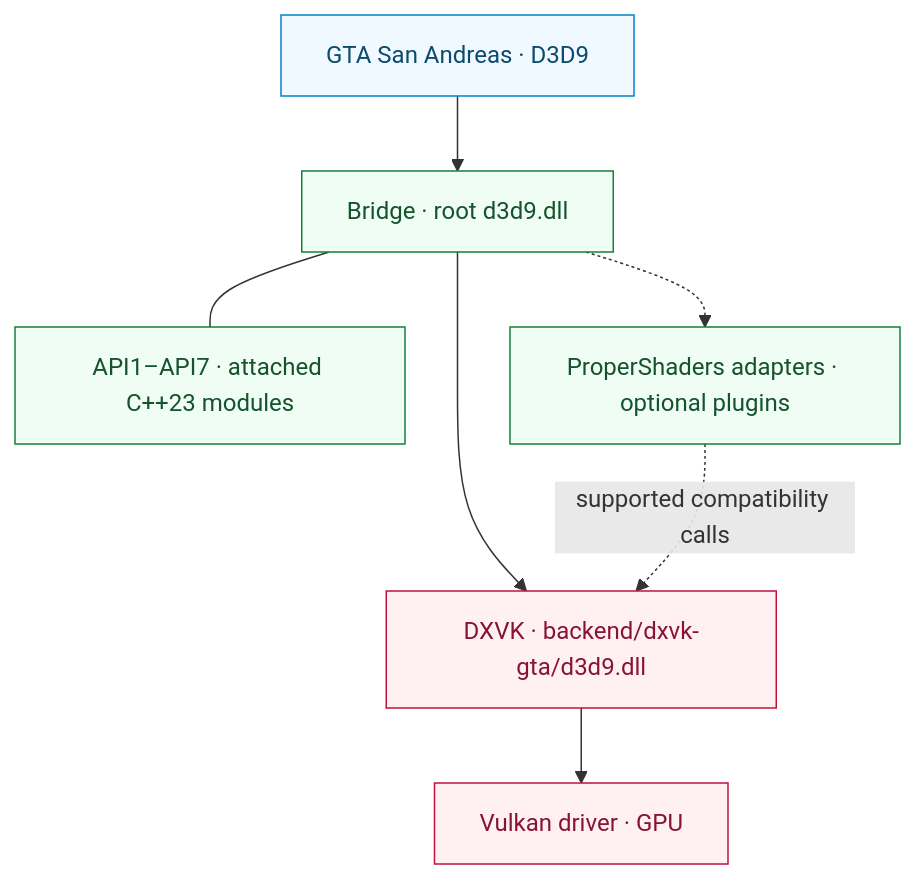
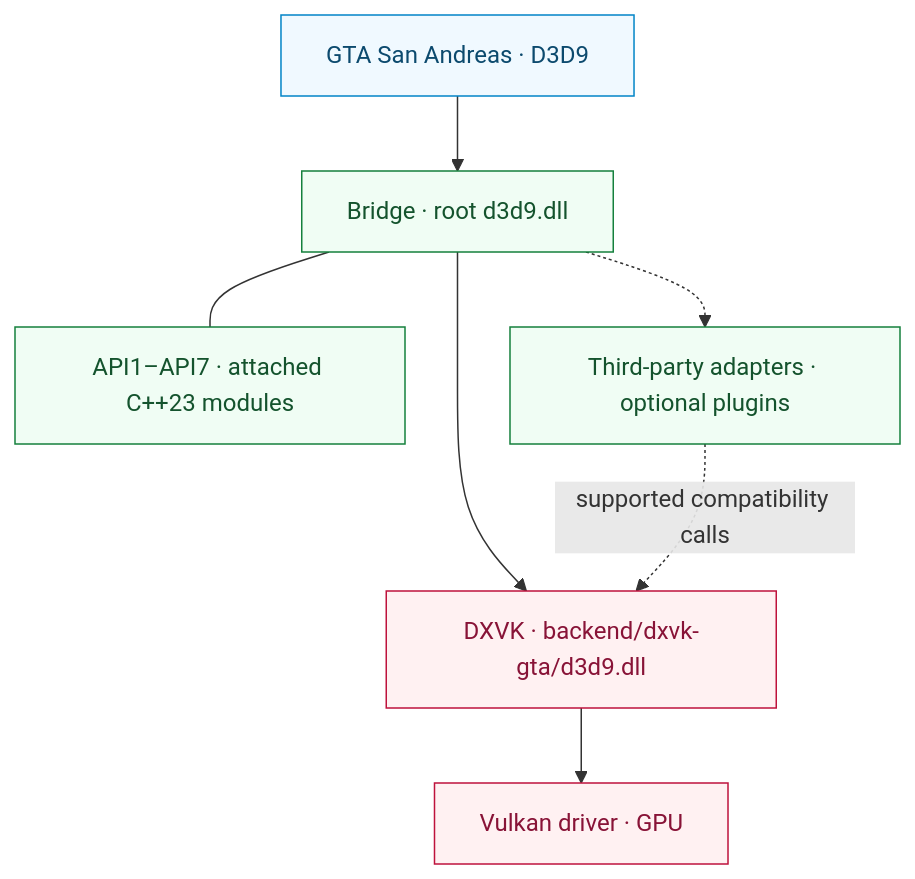
Before and after one commit to prematurely/sa-renderstack: the diagram in README.md, drawn with Mermaid. The commit also changed other lines of this file and 2 other files, not shown here.

Commit message:
docs: describe third-party integration neutrally

````diff
--- a/README.md
+++ b/README.md
@@ -73,15 +73,15 @@
 ```mermaid
 flowchart TD
     game["GTA San Andreas · D3D9"] --> bridge["Bridge · root d3d9.dll"]
     bridge --> backend["DXVK · backend/dxvk-gta/d3d9.dll"]
     backend --> gpu["Vulkan driver · GPU"]
     bridge --- modules["API1–API7 · attached C++23 modules"]
-    bridge -.-> adapters["ProperShaders adapters · optional plugins"]
+    bridge -.-> adapters["Third-party adapters · optional plugins"]
     adapters -. "supported compatibility calls" .-> backend
     classDef application fill:#f0f9ff,stroke:#0284c7,color:#0c4a6e
     classDef control fill:#f0fdf4,stroke:#15803d,color:#14532d
     classDef execution fill:#fff1f2,stroke:#be123c,color:#881337
     class game application
     class bridge,modules,adapters control
     class backend,gpu execution
 ```
````
